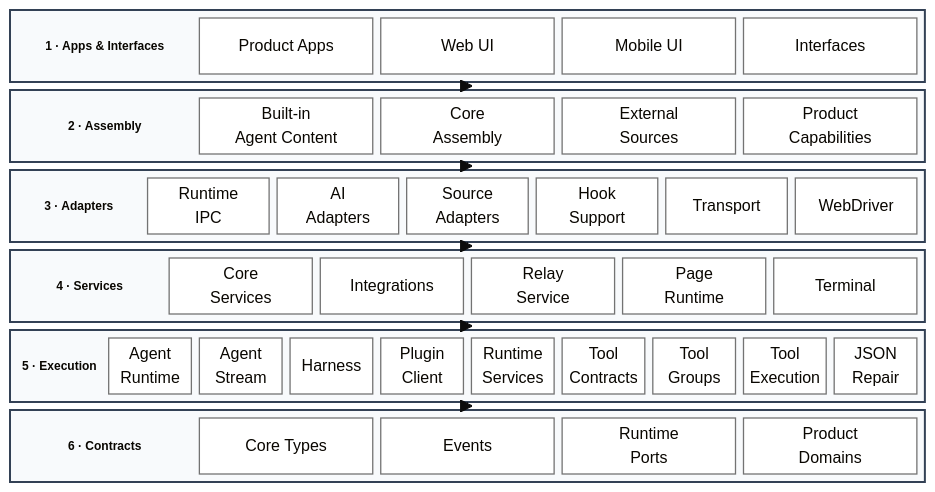
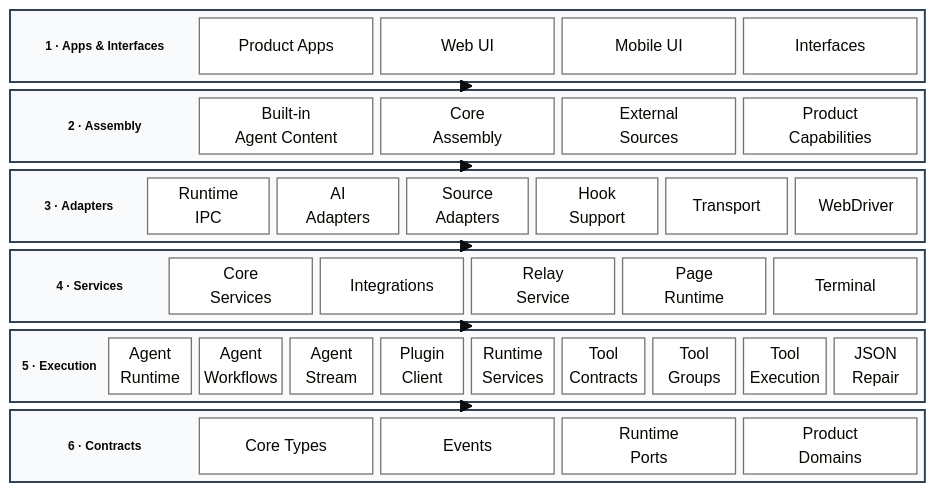
Before and after one commit to GCWing/BitFun: the second of 16 diagrams in docs/architecture/product-architecture.md, drawn with Mermaid. The commit also changed other lines of this file and 72 other files, not shown here.

First line of the commit message:
refactor(runtime): enforce product workflow boundaries

````diff
--- a/docs/architecture/product-architecture.md
+++ b/docs/architecture/product-architecture.md
@@ -132,53 +132,53 @@
 ```mermaid
 %%{init: {"theme":"base","block":{"padding":8}}}%%
 block-beta
   columns 1
 
   block:AppsLayer
     columns 5
     AppsTitle["1 · Apps & Interfaces"] ProductApps["Product Apps"] WebUI["Web UI"] MobileUI["Mobile UI"] Interfaces["Interfaces"]
   end
 
   block:AssemblyLayer
     columns 5
     AssemblyTitle["2 · Assembly"] AgentContent["Built-in<br/>Agent Content"] CoreAssembly["Core<br/>Assembly"] ExternalSources["External<br/>Sources"] ProductCaps["Product<br/>Capabilities"]
   end
 
   block:AdaptersLayer
     columns 7
     AdaptersTitle["3 · Adapters"] RuntimeIPC["Runtime<br/>IPC"] AIAdapters["AI<br/>Adapters"] SourceAdapters["Source<br/>Adapters"] HookSupport["Hook<br/>Support"] Transport["Transport"] WebDriver["WebDriver"]
   end
 
   block:ServicesLayer
     columns 6
     ServicesTitle["4 · Services"] CoreServices["Core<br/>Services"] Integrations["Integrations"] RelayService["Relay<br/>Service"] PageRuntime["Page<br/>Runtime"] Terminal["Terminal"]
   end
 
   block:ExecutionLayer
     columns 10
-    ExecutionTitle["5 · Execution"] AgentRuntime["Agent<br/>Runtime"] AgentStream["Agent<br/>Stream"] Harness["Harness"] PluginClient["Plugin<br/>Client"] RuntimeServices["Runtime<br/>Services"] ToolContracts["Tool<br/>Contracts"] ToolGroups["Tool<br/>Groups"] ToolExecution["Tool<br/>Execution"] JSONRepair["JSON<br/>Repair"]
+    ExecutionTitle["5 · Execution"] AgentRuntime["Agent<br/>Runtime"] AgentWorkflows["Agent<br/>Workflows"] AgentStream["Agent<br/>Stream"] PluginClient["Plugin<br/>Client"] RuntimeServices["Runtime<br/>Services"] ToolContracts["Tool<br/>Contracts"] ToolGroups["Tool<br/>Groups"] ToolExecution["Tool<br/>Execution"] JSONRepair["JSON<br/>Repair"]
   end
 
   block:ContractsLayer
     columns 5
     ContractsTitle["6 · Contracts"] CoreTypes["Core Types"] Events["Events"] RuntimePorts["Runtime<br/>Ports"] ProductDomains["Product<br/>Domains"]
   end
 
   AppsLayer --> AssemblyLayer
   AssemblyLayer --> AdaptersLayer
   AdaptersLayer --> ServicesLayer
   ServicesLayer --> ExecutionLayer
   ExecutionLayer --> ContractsLayer
 
   classDef module fill:#ffffff,stroke:#737373,stroke-width:1.3px,color:#171717
   classDef sectionTitle fill:transparent,stroke:transparent,color:#171717,font-size:12px,font-weight:600
-  class ProductApps,WebUI,MobileUI,Interfaces,AgentContent,CoreAssembly,ExternalSources,ProductCaps,RuntimeIPC,AIAdapters,SourceAdapters,HookSupport,Transport,WebDriver,CoreServices,Integrations,RelayService,PageRuntime,Terminal,AgentRuntime,AgentStream,Harness,PluginClient,RuntimeServices,ToolContracts,ToolGroups,ToolExecution,JSONRepair,CoreTypes,Events,RuntimePorts,ProductDomains module
+  class ProductApps,WebUI,MobileUI,Interfaces,AgentContent,CoreAssembly,ExternalSources,ProductCaps,RuntimeIPC,AIAdapters,SourceAdapters,HookSupport,Transport,WebDriver,CoreServices,Integrations,RelayService,PageRuntime,Terminal,AgentRuntime,AgentWorkflows,AgentStream,PluginClient,RuntimeServices,ToolContracts,ToolGroups,ToolExecution,JSONRepair,CoreTypes,Events,RuntimePorts,ProductDomains module
   class AppsTitle,AssemblyTitle,AdaptersTitle,ServicesTitle,ExecutionTitle,ContractsTitle sectionTitle
 
   style AppsLayer fill:#f8fafc,stroke:#334155,stroke-width:2px
   style AssemblyLayer fill:#f8fafc,stroke:#334155,stroke-width:2px
   style AdaptersLayer fill:#f8fafc,stroke:#334155,stroke-width:2px
   style ServicesLayer fill:#f8fafc,stroke:#334155,stroke-width:2px
   style ExecutionLayer fill:#f8fafc,stroke:#334155,stroke-width:2px
   style ContractsLayer fill:#f8fafc,stroke:#334155,stroke-width:2px
 ```
````
